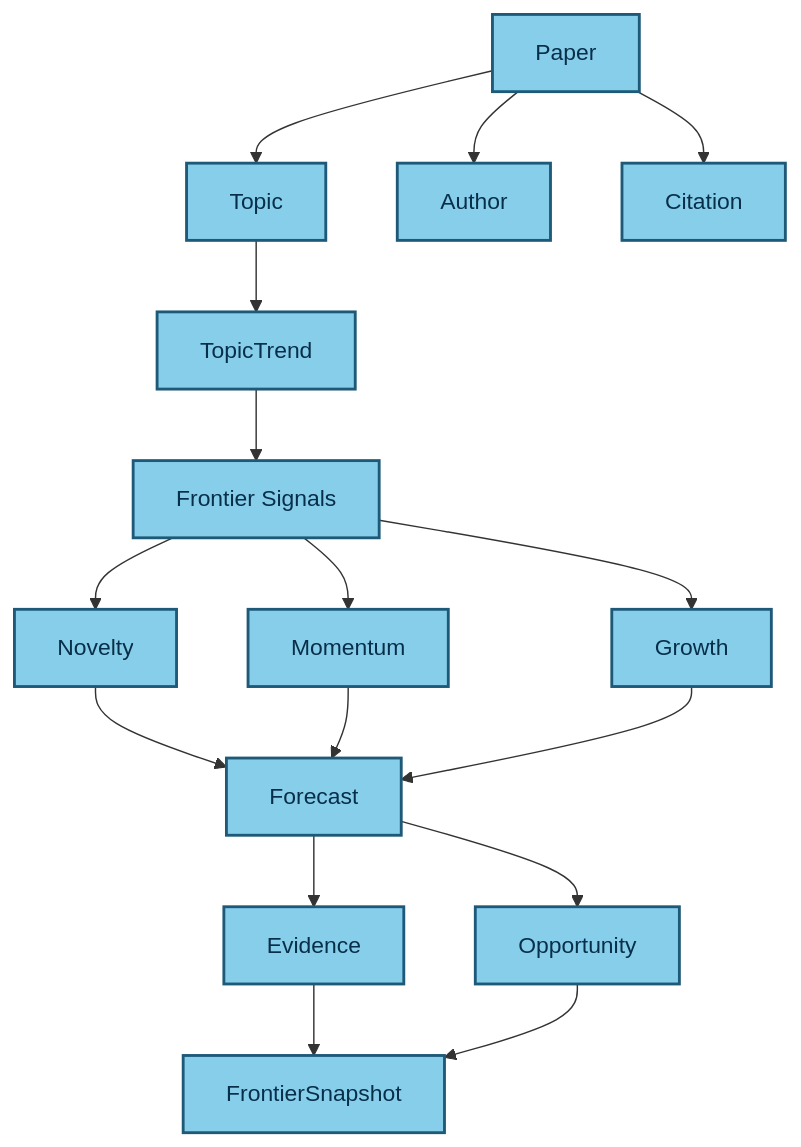
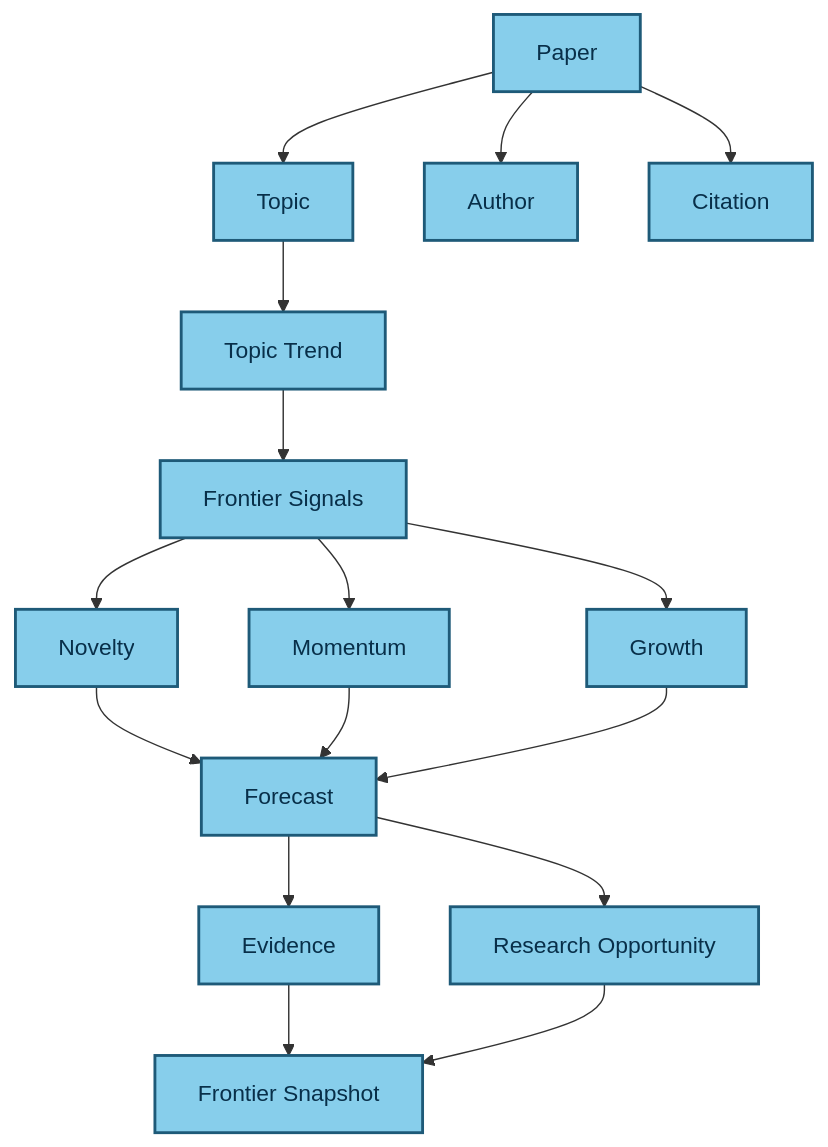
One commit to garimakumari44/ai_research_assistant changed the fourth of 5 diagrams in README.md. Above: the diagram before and after it, drawn with Mermaid. The commit also changed other lines of this file and 1 other file, not shown here.

Commit message:
docs: redesign AI Research Assistant README

````diff
--- a/README.md
+++ b/README.md
@@ -763,44 +995,44 @@
 ```mermaid
 flowchart TD
+
     PAPER[Paper]
     TOPIC[Topic]
     AUTHOR[Author]
     CITATION[Citation]
 
-    TREND[TopicTrend]
+    TREND[Topic Trend]
     SIGNAL[Frontier Signals]
 
     NOVELTY[Novelty]
     MOMENTUM[Momentum]
     GROWTH[Growth]
 
     FORECAST[Forecast]
     EVIDENCE[Evidence]
-    OPPORTUNITY[Opportunity]
-
-    SNAPSHOT[FrontierSnapshot]
+    OPPORTUNITY[Research Opportunity]
+    SNAPSHOT[Frontier Snapshot]
 
     PAPER --> TOPIC
     PAPER --> AUTHOR
     PAPER --> CITATION
 
     TOPIC --> TREND
     TREND --> SIGNAL
 
     SIGNAL --> NOVELTY
     SIGNAL --> MOMENTUM
     SIGNAL --> GROWTH
 
     NOVELTY --> FORECAST
     MOMENTUM --> FORECAST
     GROWTH --> FORECAST
 
     FORECAST --> EVIDENCE
     FORECAST --> OPPORTUNITY
 
     EVIDENCE --> SNAPSHOT
     OPPORTUNITY --> SNAPSHOT
 
     classDef sky fill:#87CEEB,stroke:#1E5A78,color:#082F49,stroke-width:2px;
     class PAPER,TOPIC,AUTHOR,CITATION,TREND,SIGNAL,NOVELTY,MOMENTUM,GROWTH,FORECAST,EVIDENCE,OPPORTUNITY,SNAPSHOT sky;
 ```
````
